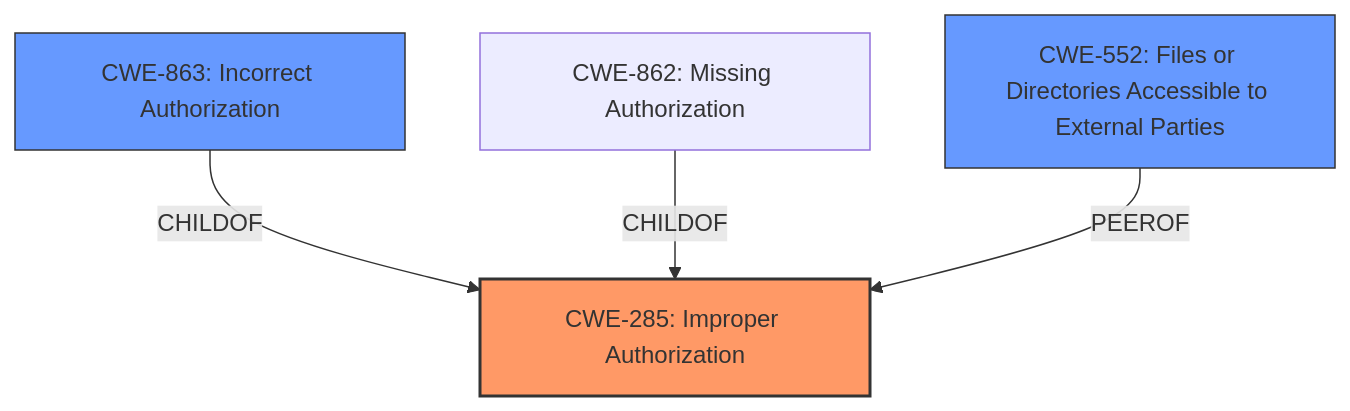
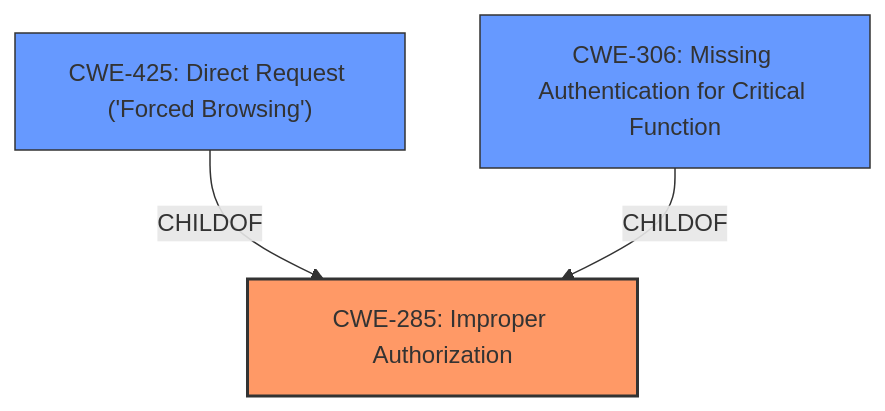
One commit to CyberSecAI/cwe_agent_assign_reports_2025 changed the diagram in CVE-2025-5389/CVE-2025-5389_analysis.md. Above: the diagram before and after it, drawn with Mermaid. The commit also changed other lines of this file and 190653 other files, not shown here.

````diff
--- a/CVE-2025-5389/CVE-2025-5389_analysis.md
+++ b/CVE-2025-5389/CVE-2025-5389_analysis.md
@@ -19,16 +18,15 @@
 ```mermaid
 graph TD
     cwe285["CWE-285: Improper Authorization"]
-    cwe863["CWE-863: Incorrect Authorization"]
-    cwe862["CWE-862: Missing Authorization"]
-    cwe552["CWE-552: Files or Directories Accessible to External Parties"]
+    cwe425["CWE-425: Direct Request ('Forced Browsing')"]
+    cwe306["CWE-306: Missing Authentication for Critical Function"]
 
-    cwe863 -->|CHILDOF| cwe285
-    cwe862 -->|CHILDOF| cwe285
-    cwe552 -->|PEEROF| cwe285
-
+    cwe425 -->|CHILDOF| cwe285
+    cwe306 -->|CHILDOF| cwe285
+    
     classDef primary fill:#f96,stroke:#333,stroke-width:2px
     classDef secondary fill:#69f,stroke:#333
+    classDef tertiary fill:#9e9,stroke:#333
     class cwe285 primary
-    class cwe863,cwe552 secondary
+    class cwe425,cwe306 secondary
 ```
````
